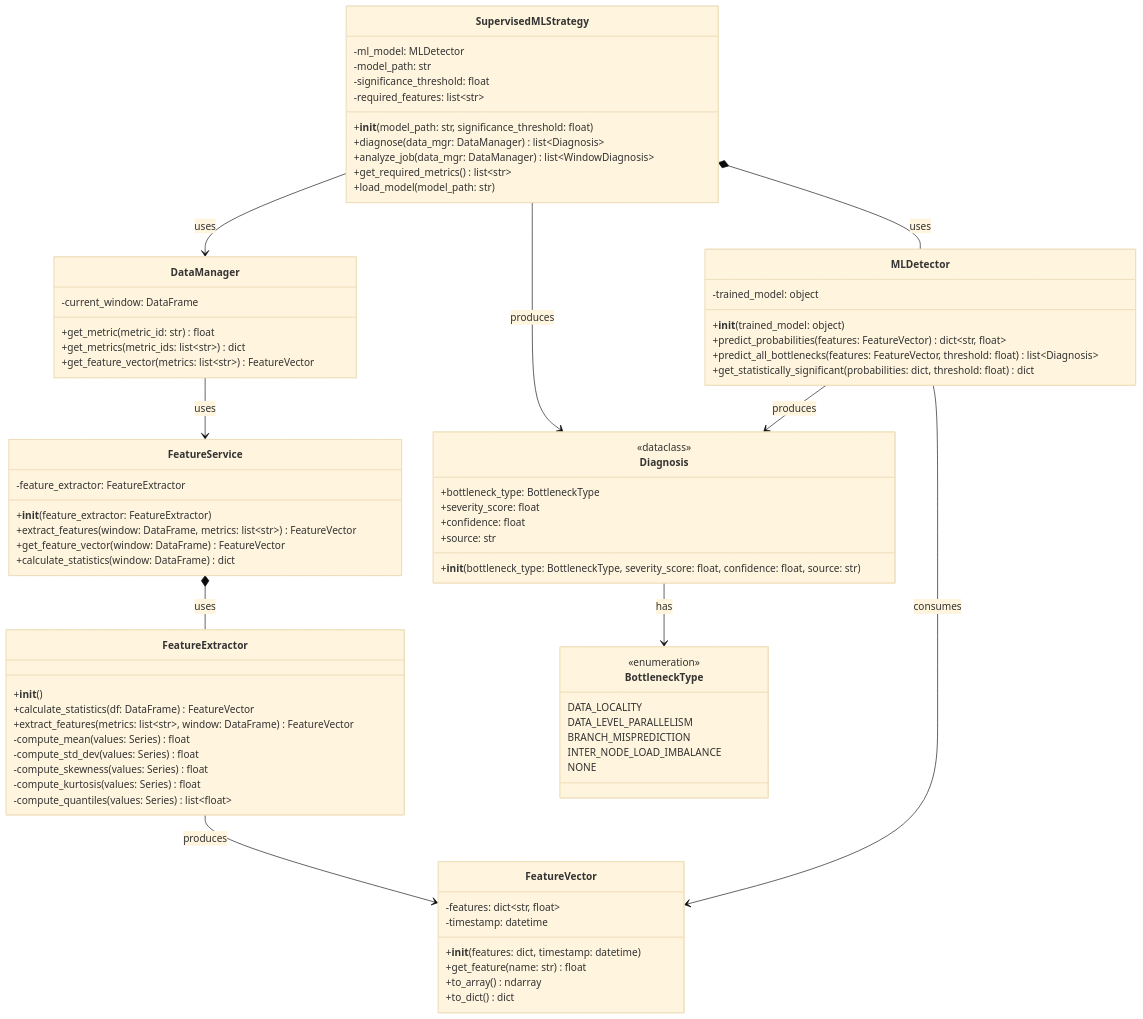
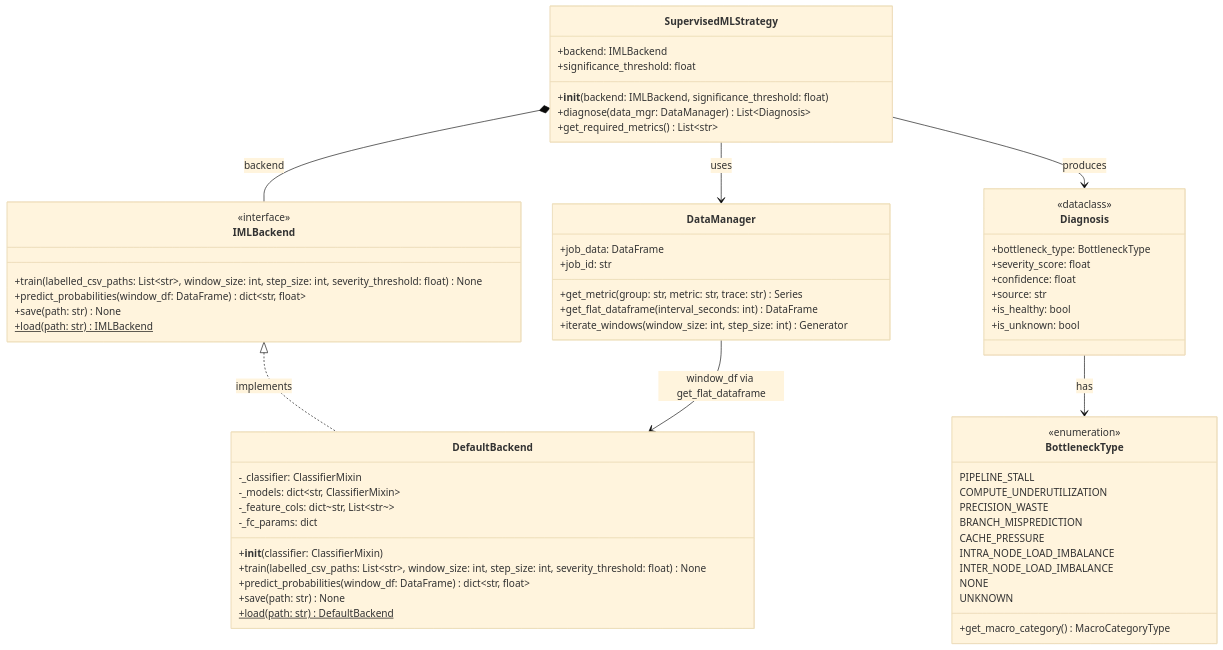
Before and after one commit to Crippius/hpc-bottleneck-detector: the diagram in docs/class-diagrams/4-supervised-ml.mmd, drawn with Mermaid (base theme). The commit also changed 6 other files, not shown here.

Commit message:
docs: Updated class diagrams

```diff
--- a/docs/class-diagrams/4-supervised-ml.mmd
+++ b/docs/class-diagrams/4-supervised-ml.mmd
@@ -1,92 +1,76 @@
 classDiagram
     %% ============================================
     %% ML COMPONENTS VIEW
     %% Focus: Machine Learning Detection Pipeline
     %% ============================================
-    
+
     class SupervisedMLStrategy {
-        -ml_model: MLDetector
-        -model_path: str
-        -significance_threshold: float
-        -required_features: list~str~
-        +__init__(model_path: str, significance_threshold: float)
-        +diagnose(data_mgr: DataManager) list~Diagnosis~
-        +analyze_job(data_mgr: DataManager) list~WindowDiagnosis~
-        +get_required_metrics() list~str~
-        +load_model(model_path: str)
+        +backend: IMLBackend
+        +significance_threshold: float
+        +__init__(backend: IMLBackend, significance_threshold: float)
+        +diagnose(data_mgr: DataManager) List~Diagnosis~
+        +get_required_metrics() List~str~
     }
 
-    class MLDetector {
-        -trained_model: object
-        +__init__(trained_model: object)
-        +predict_probabilities(features: FeatureVector) dict~str, float~
-        +predict_all_bottlenecks(features: FeatureVector, threshold: float) list~Diagnosis~
-        +get_statistically_significant(probabilities: dict, threshold: float) dict
+    class IMLBackend {
+        <<interface>>
+        +train(labelled_csv_paths: List~str~, window_size: int, step_size: int, severity_threshold: float) None
+        +predict_probabilities(window_df: DataFrame) dict~str, float~
+        +save(path: str) None
+        +load(path: str) IMLBackend$
     }
 
-    class FeatureExtractor {
-        +__init__()
-        +calculate_statistics(df: DataFrame) FeatureVector
-        +extract_features(metrics: list~str~, window: DataFrame) FeatureVector
-        -compute_mean(values: Series) float
-        -compute_std_dev(values: Series) float
-        -compute_skewness(values: Series) float
-        -compute_kurtosis(values: Series) float
-        -compute_quantiles(values: Series) list~float~
-    }
-
-    class FeatureVector {
-        -features: dict~str, float~
-        -timestamp: datetime
-        +__init__(features: dict, timestamp: datetime)
-        +get_feature(name: str) float
-        +to_array() ndarray
-        +to_dict() dict
-    }
-
-    class FeatureService {
-        -feature_extractor: FeatureExtractor
-        +__init__(feature_extractor: FeatureExtractor)
-        +extract_features(window: DataFrame, metrics: list~str~) FeatureVector
-        +get_feature_vector(window: DataFrame) FeatureVector
-        +calculate_statistics(window: DataFrame) dict
+    class DefaultBackend {
+        -_classifier: ClassifierMixin
+        -_models: dict~str, ClassifierMixin~
+        -_feature_cols: dict~str, List~str~~
+        -_fc_params: dict
+        +__init__(classifier: ClassifierMixin)
+        +train(labelled_csv_paths: List~str~, window_size: int, step_size: int, severity_threshold: float) None
+        +predict_probabilities(window_df: DataFrame) dict~str, float~
+        +save(path: str) None
+        +load(path: str) DefaultBackend$
     }
 
     class DataManager {
-        -current_window: DataFrame
-        +get_metric(metric_id: str) float
-        +get_metrics(metric_ids: list~str~) dict
-        +get_feature_vector(metrics: list~str~) FeatureVector
+        +job_data: DataFrame
+        +job_id: str
+        +get_metric(group: str, metric: str, trace: str) Series
+        +get_flat_dataframe(interval_seconds: int) DataFrame
+        +iterate_windows(window_size: int, step_size: int) Generator
     }
 
     class Diagnosis {
         <<dataclass>>
         +bottleneck_type: BottleneckType
         +severity_score: float
         +confidence: float
         +source: str
-        +__init__(bottleneck_type: BottleneckType, severity_score: float, confidence: float, source: str)
+        +is_healthy: bool
+        +is_unknown: bool
     }
 
     class BottleneckType {
         <<enumeration>>
-        DATA_LOCALITY
-        DATA_LEVEL_PARALLELISM
+        PIPELINE_STALL
+        COMPUTE_UNDERUTILIZATION
+        PRECISION_WASTE
         BRANCH_MISPREDICTION
+        CACHE_PRESSURE
+        INTRA_NODE_LOAD_IMBALANCE
         INTER_NODE_LOAD_IMBALANCE
         NONE
+        UNKNOWN
+        +get_macro_category() MacroCategoryType
     }
 
     %% Relationships
-    SupervisedMLStrategy *-- MLDetector : uses
+    SupervisedMLStrategy *-- IMLBackend : backend
     SupervisedMLStrategy --> DataManager : uses
     SupervisedMLStrategy --> Diagnosis : produces
 
-    DataManager --> FeatureService : uses
-    FeatureService *-- FeatureExtractor : uses
-    FeatureExtractor --> FeatureVector : produces
+    IMLBackend <|.. DefaultBackend : implements
 
-    MLDetector --> FeatureVector : consumes
-    MLDetector --> Diagnosis : produces
+    DataManager --> DefaultBackend : window_df via get_flat_dataframe
 
     Diagnosis --> BottleneckType : has
```
